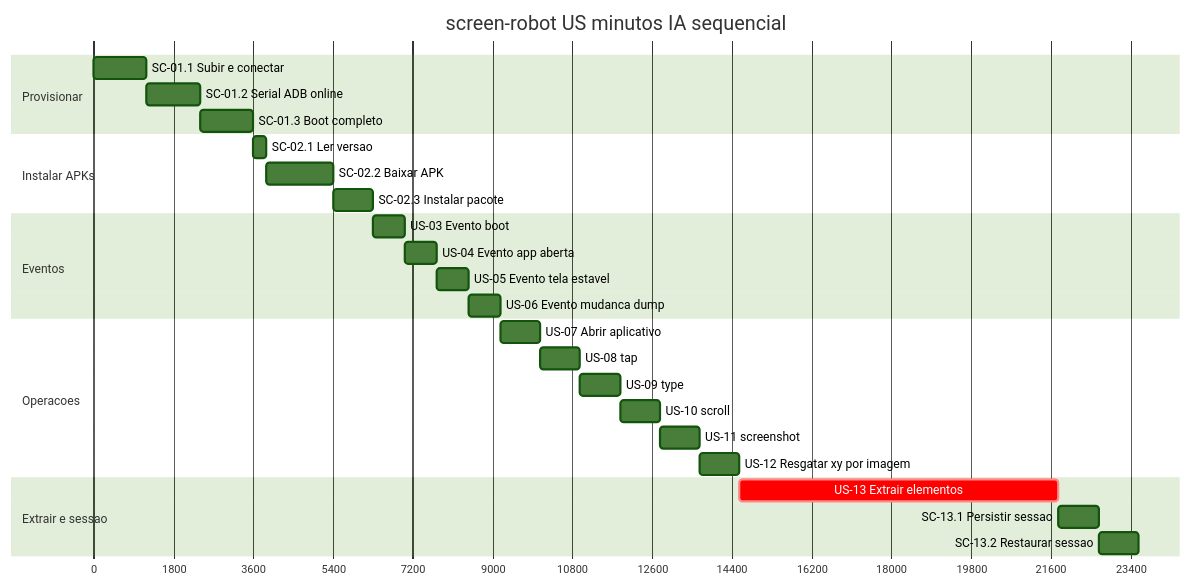
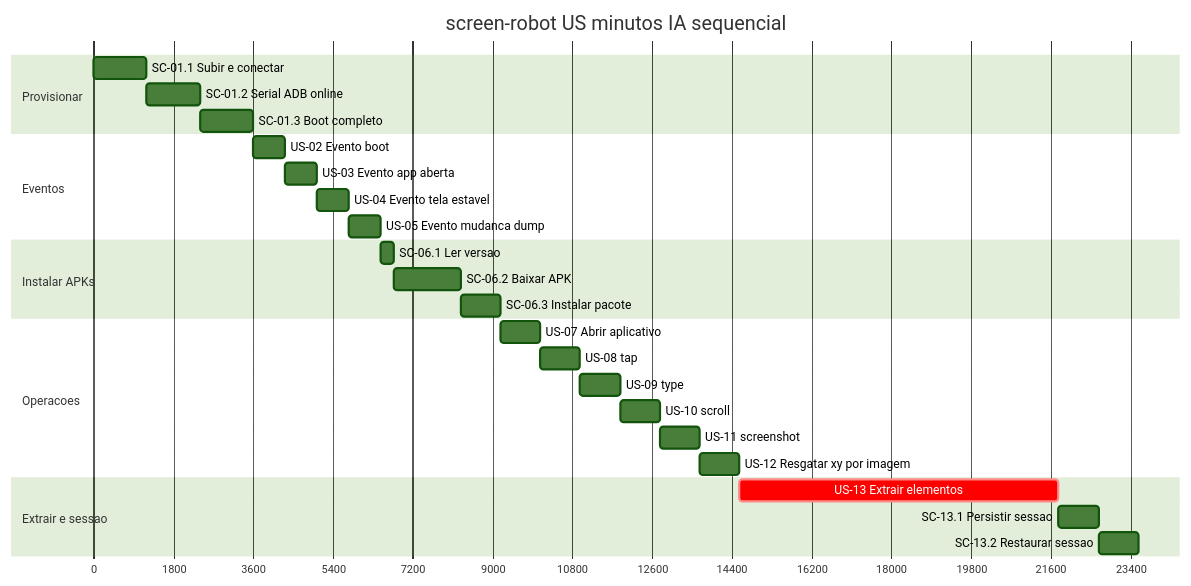
Before and after one commit to laerciogermano/workstation: the diagram in connectmax/screen-robot/docs/tasks.md, drawn with Mermaid (forest theme). The commit also changed other lines of this file and 4 other files, not shown here.

Commit message:
Coloca eventos antes de Instalar APKs e renumeria US-02..06 na árvore.

````diff
--- a/connectmax/screen-robot/docs/tasks.md
+++ b/connectmax/screen-robot/docs/tasks.md
@@ -46,35 +44,35 @@
 ```mermaid
 gantt
   title screen-robot US minutos IA sequencial
   dateFormat X
   axisFormat %s
 
   section Provisionar
   SC-01.1 Subir e conectar         :p1, 0, 20m
   SC-01.2 Serial ADB online        :p2, after p1, 20m
   SC-01.3 Boot completo            :p3, after p2, 20m
 
+  section Eventos
+  US-02 Evento boot                :e1, after p3, 12m
+  US-03 Evento app aberta          :e2, after e1, 12m
+  US-04 Evento tela estavel        :e3, after e2, 12m
+  US-05 Evento mudanca dump        :e4, after e3, 12m
+
   section Instalar APKs
-  SC-02.1 Ler versao               :i1, after p3, 5m
-  SC-02.2 Baixar APK               :i2, after i1, 25m
-  SC-02.3 Instalar pacote          :i3, after i2, 15m
-
-  section Eventos
-  US-03 Evento boot                :e1, after i3, 12m
-  US-04 Evento app aberta          :e2, after e1, 12m
-  US-05 Evento tela estavel        :e3, after e2, 12m
-  US-06 Evento mudanca dump        :e4, after e3, 12m
+  SC-06.1 Ler versao               :i1, after e4, 5m
+  SC-06.2 Baixar APK               :i2, after i1, 25m
+  SC-06.3 Instalar pacote          :i3, after i2, 15m
 
   section Operacoes
-  US-07 Abrir aplicativo           :o1, after e4, 15m
+  US-07 Abrir aplicativo           :o1, after i3, 15m
   US-08 tap                        :o2, after o1, 15m
   US-09 type                       :o3, after o2, 15m
   US-10 scroll                     :o4, after o3, 15m
   US-11 screenshot                 :o5, after o4, 15m
   US-12 Resgatar xy por imagem     :o6, after o5, 15m
 
   section Extrair e sessao
   US-13 Extrair elementos          :crit, x1, after o6, 120m
   SC-13.1 Persistir sessao         :s1, after x1, 15m
   SC-13.2 Restaurar sessao         :s2, after s1, 15m
 ```
````
